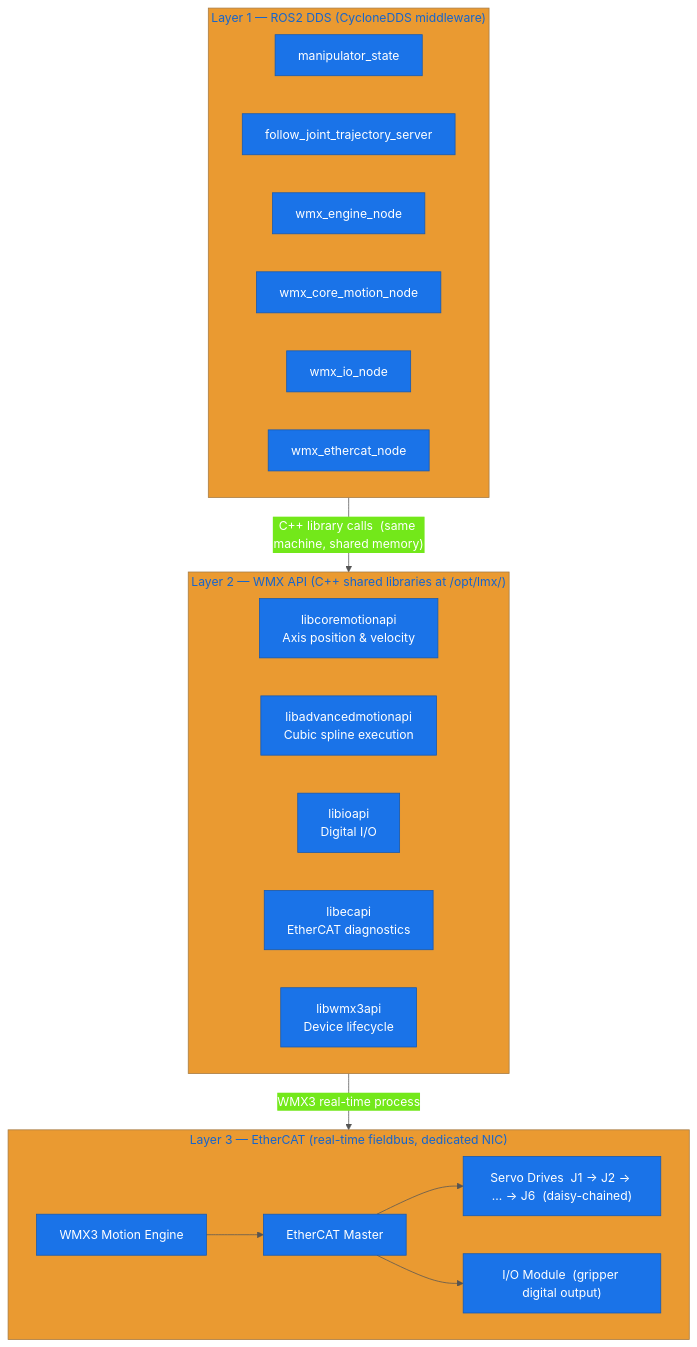
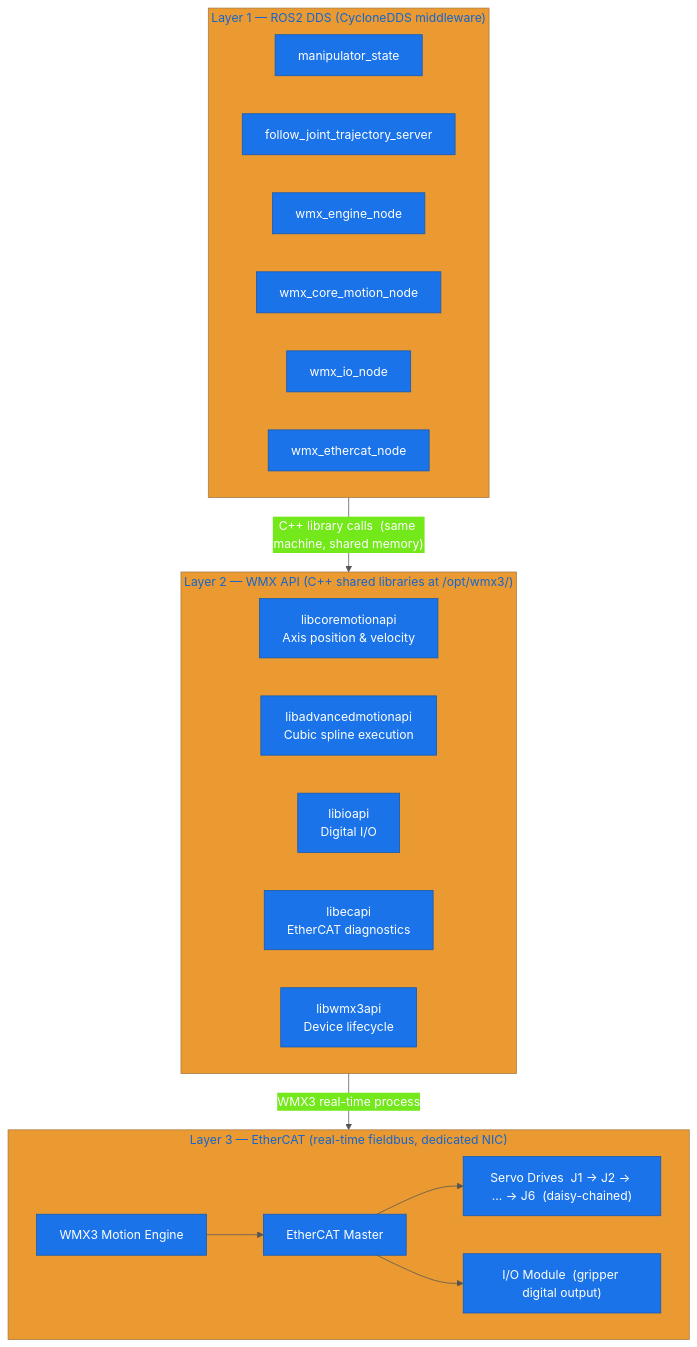
Before and after one commit to movensys/wmx_ros2_doc: the diagram in doc/getting_started/communication.rst, drawn with Mermaid. The commit also changed other lines of this file and 12 other files, not shown here.

```diff
--- a/doc/getting_started/communication.rst
+++ b/doc/getting_started/communication.rst
@@ -22,36 +22,36 @@
 .. mermaid::
    :caption: WMX ROS2 — three-layer communication architecture
    :zoom:
 
    %%{init: {"theme": "base", "themeVariables": {"primaryColor": "#1a73e8", "primaryTextColor": "#fff", "primaryBorderColor": "#1558b0", "lineColor": "#555"}}}%%
    flowchart TB
        subgraph L1["Layer 1 — ROS2 DDS  (CycloneDDS middleware)"]
            direction LR
            N1["manipulator_state"]
            N2["follow_joint_trajectory_server"]
            N3["wmx_engine_node"]
            N4["wmx_core_motion_node"]
            N5["wmx_io_node"]
            N6["wmx_ethercat_node"]
        end
 
-       subgraph L2["Layer 2 — WMX API  (C++ shared libraries at /opt/lmx/)"]
+       subgraph L2["Layer 2 — WMX API  (C++ shared libraries at /opt/wmx3/)"]
            direction LR
            A1["libcoremotionapi<br/>Axis position & velocity"]
            A2["libadvancedmotionapi<br/>Cubic spline execution"]
            A3["libioapi<br/>Digital I/O"]
            A4["libecapi<br/>EtherCAT diagnostics"]
            A5["libwmx3api<br/>Device lifecycle"]
        end
 
        subgraph L3["Layer 3 — EtherCAT  (real-time fieldbus, dedicated NIC)"]
            direction LR
            E1["WMX3 Motion Engine"]
            E2["EtherCAT Master"]
            E3["Servo Drives  J1 → J2 → ... → J6  (daisy-chained)"]
            E4["I/O Module  (gripper digital output)"]
        end
 
        L1 -->|"C++ library calls  (same machine, shared memory)"| L2
        L2 -->|"WMX3 real-time process"| L3
        E1 --> E2 --> E3 & E4
```
